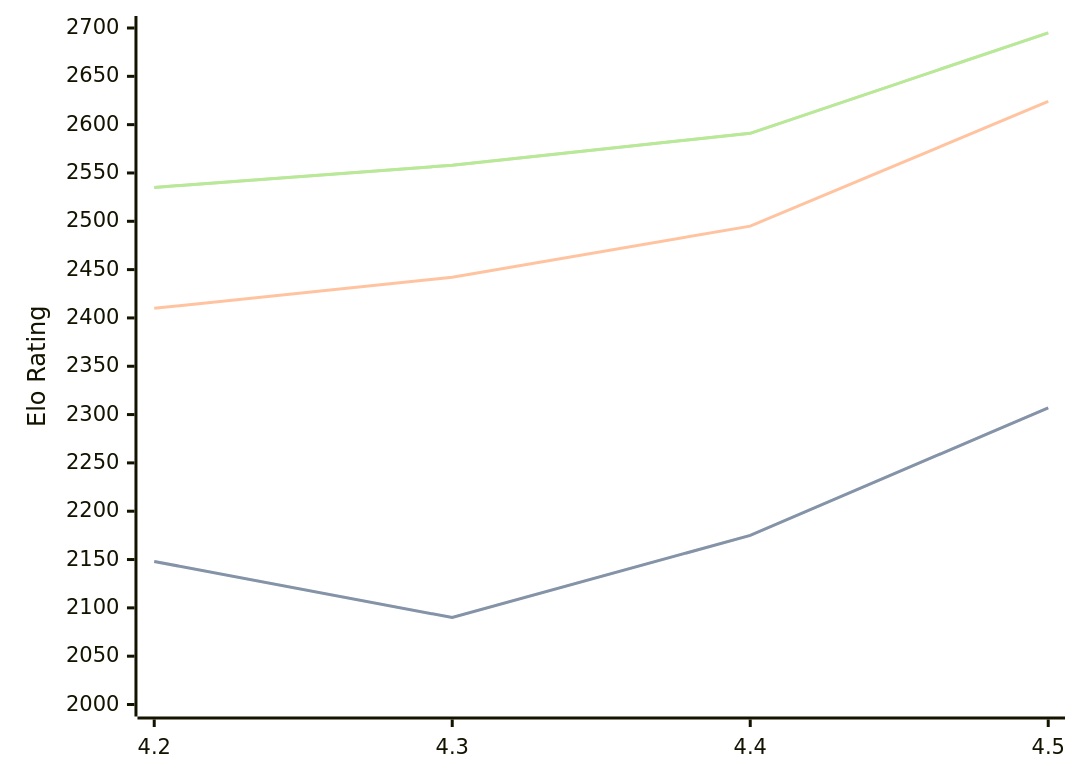
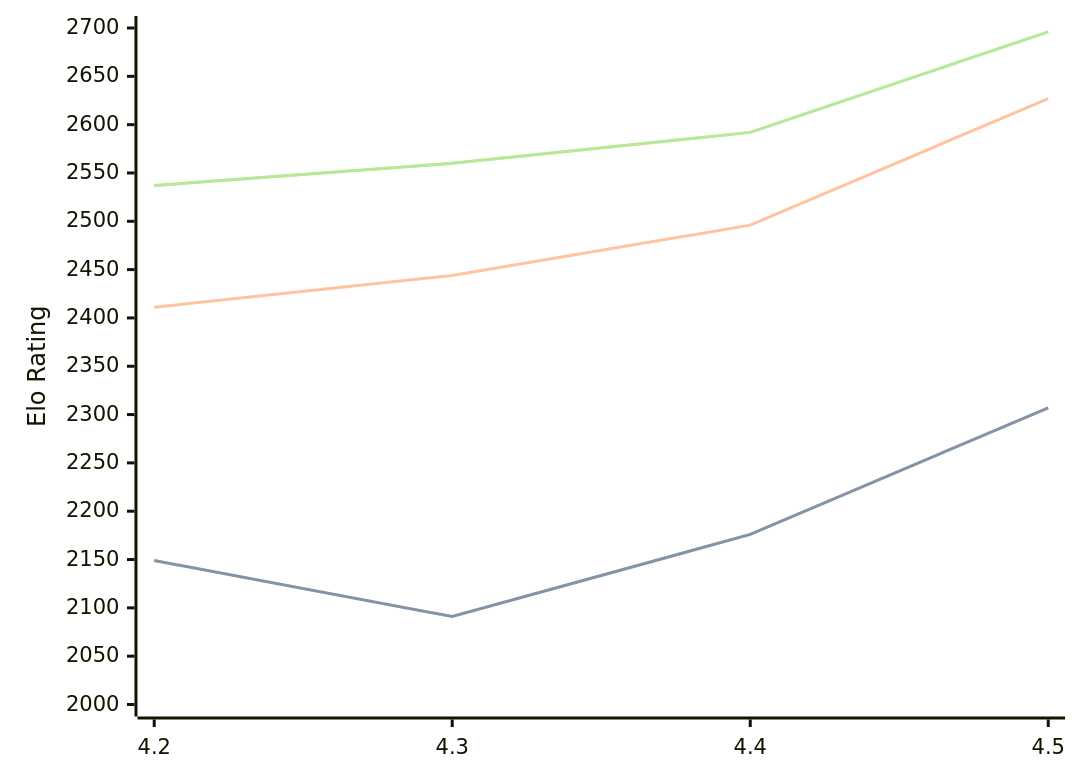
One commit to computer-chess-index/cci changed the diagram in engines/Eubos.md. Above: the diagram before and after it, drawn with Mermaid. The commit also changed other lines of this file, not shown here.

Commit message:
Update CCI Ratings (ELO VLTC) - 2026-08-09

````diff
--- a/engines/Eubos.md
+++ b/engines/Eubos.md
@@ -34,11 +34,11 @@
 ```mermaid
 %%{init: {"theme":"base","themeVariables":{"seriesColors:['#a3a3a3','#222221','#faa371']}}}%%
 xychart-beta
   x-axis ["4.2", "4.3", "4.4", "4.5"]
   y-axis "Elo Rating" 2000 --> 2700
-  line "STC (8.0+0.08s)" [2148, 2090, 2175, 2307]
-  line "STC (8.0+0.08s)" [2148, 2090, 2175, 2307]
-  line "LTC (60.0+0.60s)" [2410, 2442, 2495, 2624]
-  line "VLTC (2m24s+1.12s)" [2535, 2558, 2591, 2695]
-  line "VLTC (2m24s+1.12s)" [2535, 2558, 2591, 2695]
+  line "STC (8.0+0.08s)" [2149, 2091, 2176, 2307]
+  line "STC (8.0+0.08s)" [2149, 2091, 2176, 2307]
+  line "LTC (60.0+0.60s)" [2411, 2444, 2496, 2627]
+  line "VLTC (2m24s+1.12s)" [2537, 2560, 2592, 2696]
+  line "VLTC (2m24s+1.12s)" [2537, 2560, 2592, 2696]
 ```
````
